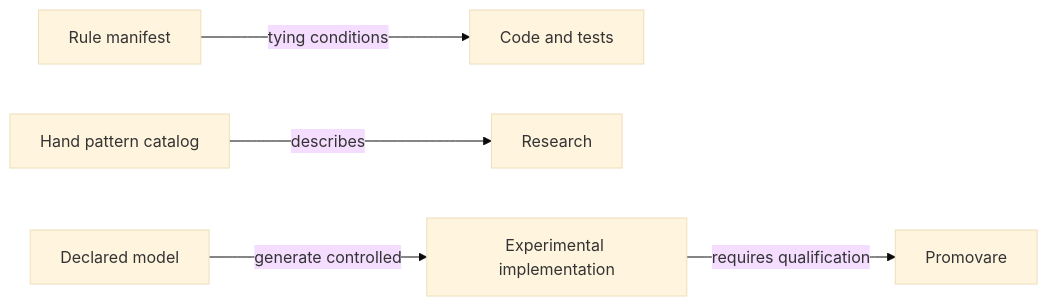
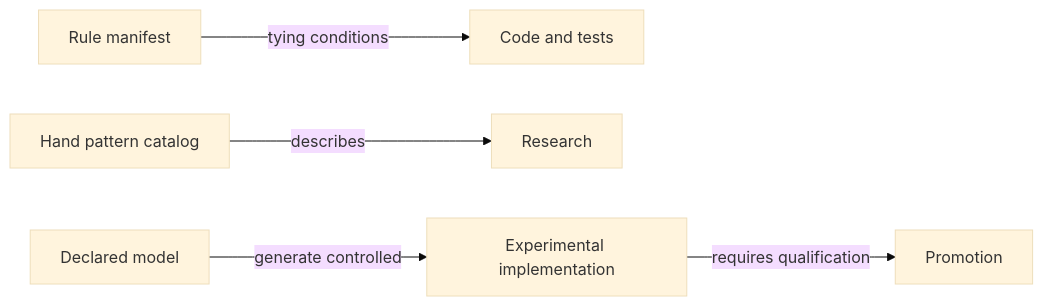
The first of 2 diagrams in docs/ai/ATF_RulesConfiguration.md (crististefanita/atf_j4), drawn with Mermaid (base theme) before and after one commit. The commit also changed other lines of this file and 126 other files, not shown here.

````diff
--- a/docs/ai/ATF_RulesConfiguration.md
+++ b/docs/ai/ATF_RulesConfiguration.md
@@ -20,7 +20,7 @@
 ```mermaid
 flowchart LR
     RULES[Rule manifest] -->|tying conditions| CODE[Code and tests]
     PATTERN[Hand pattern catalog] -->|describes| RESEARCH[Research]
     MODEL[Declared model] -->|generate controlled| GENERATED[Experimental implementation]
-    GENERATED -->|requires qualification| PROMOTION[Promovare]
+    GENERATED -->|requires qualification| PROMOTION[Promotion]
 ```
````
